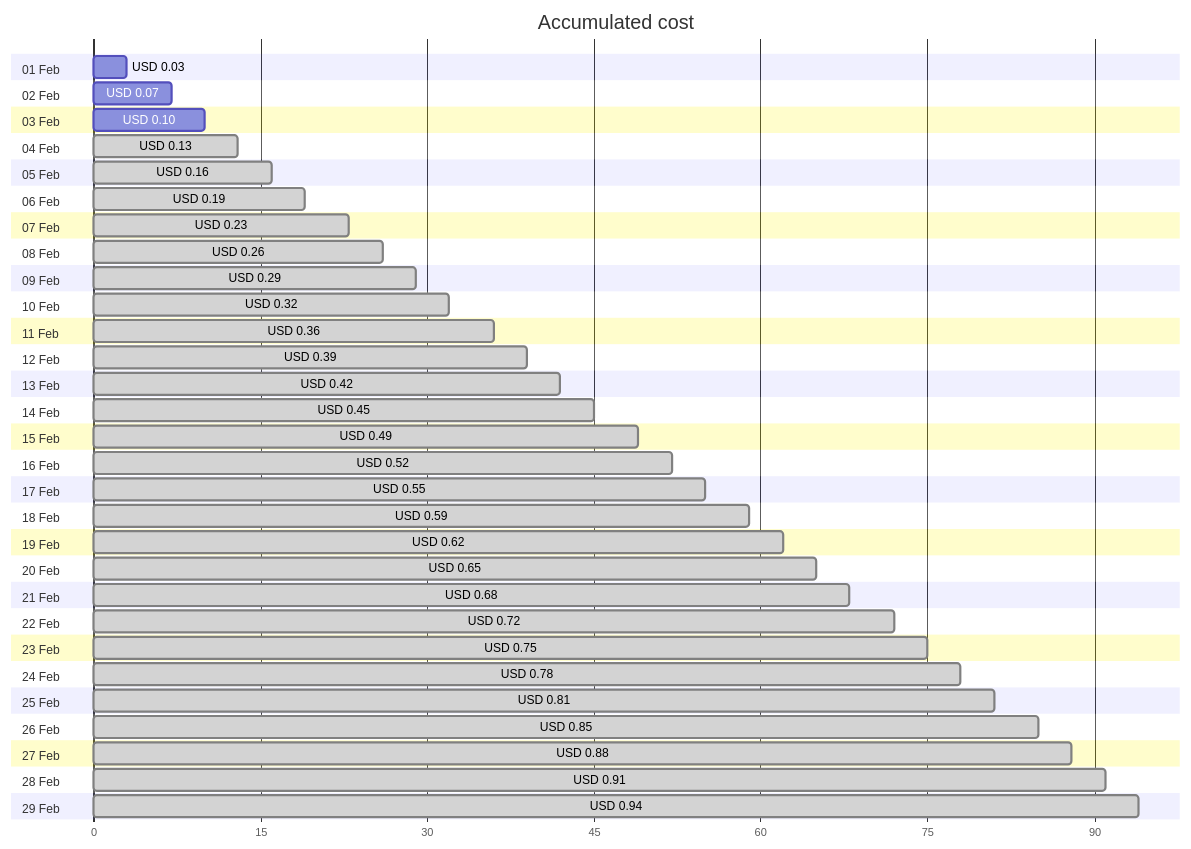
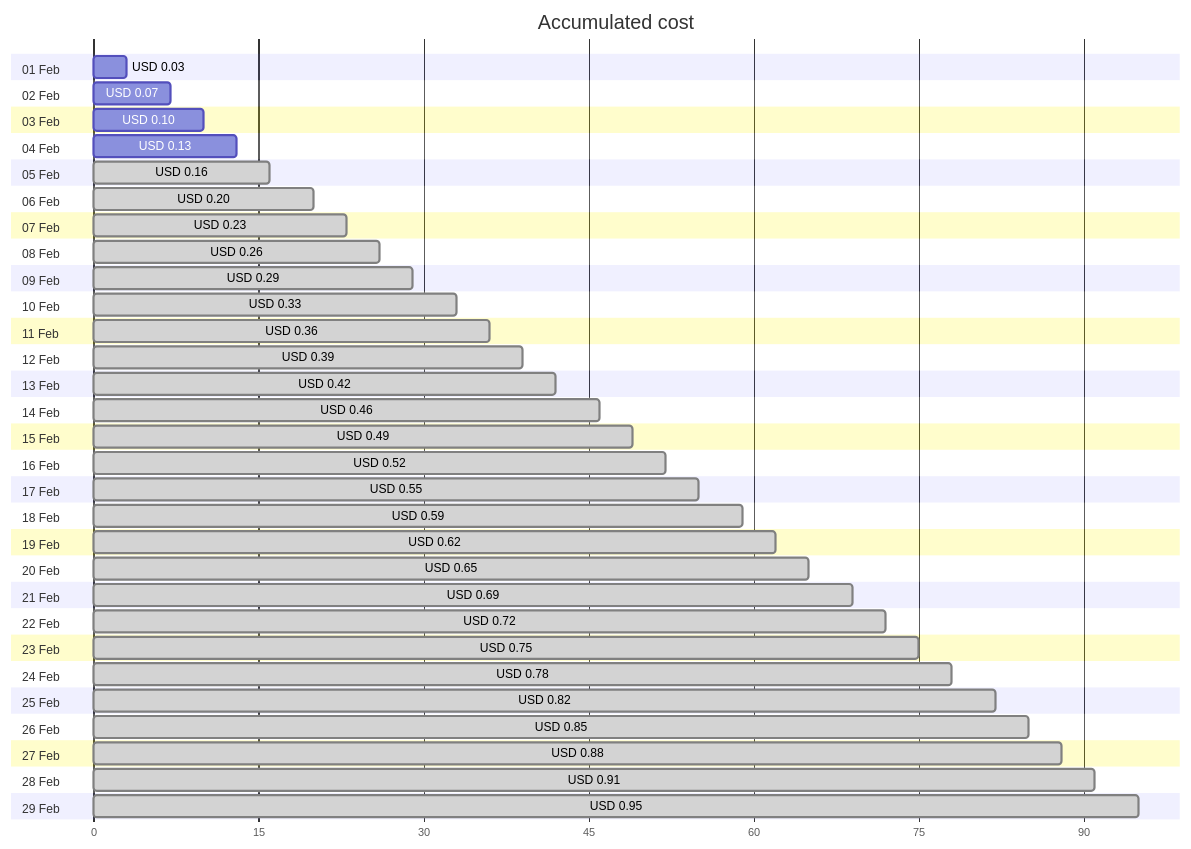
Before and after one commit to jpfulton/azure-personal-reports: the first of 4 diagrams in cost-reports/personal-dns/README.md, drawn with Mermaid. The commit also changed other lines of this file and 2 other files, not shown here.

````diff
--- a/cost-reports/personal-dns/README.md
+++ b/cost-reports/personal-dns/README.md
@@ -20,64 +20,64 @@
 ```mermaid
 gantt
    title Accumulated cost
    dateFormat  X
    axisFormat %s
    section 01 Feb
    USD 0.03 :0, 3
    section 02 Feb
    USD 0.07 :0, 7
    section 03 Feb
    USD 0.10 :0, 10
    section 04 Feb
-   USD 0.13 : done, 0, 13
+   USD 0.13 :0, 13
    section 05 Feb
    USD 0.16 : done, 0, 16
    section 06 Feb
-   USD 0.19 : done, 0, 19
+   USD 0.20 : done, 0, 20
    section 07 Feb
    USD 0.23 : done, 0, 23
    section 08 Feb
    USD 0.26 : done, 0, 26
    section 09 Feb
    USD 0.29 : done, 0, 29
    section 10 Feb
-   USD 0.32 : done, 0, 32
+   USD 0.33 : done, 0, 33
    section 11 Feb
    USD 0.36 : done, 0, 36
    section 12 Feb
    USD 0.39 : done, 0, 39
    section 13 Feb
    USD 0.42 : done, 0, 42
    section 14 Feb
-   USD 0.45 : done, 0, 45
+   USD 0.46 : done, 0, 46
    section 15 Feb
    USD 0.49 : done, 0, 49
    section 16 Feb
    USD 0.52 : done, 0, 52
    section 17 Feb
    USD 0.55 : done, 0, 55
    section 18 Feb
    USD 0.59 : done, 0, 59
    section 19 Feb
    USD 0.62 : done, 0, 62
    section 20 Feb
    USD 0.65 : done, 0, 65
    section 21 Feb
-   USD 0.68 : done, 0, 68
+   USD 0.69 : done, 0, 69
    section 22 Feb
    USD 0.72 : done, 0, 72
    section 23 Feb
    USD 0.75 : done, 0, 75
    section 24 Feb
    USD 0.78 : done, 0, 78
    section 25 Feb
-   USD 0.81 : done, 0, 81
+   USD 0.82 : done, 0, 82
    section 26 Feb
    USD 0.85 : done, 0, 85
    section 27 Feb
    USD 0.88 : done, 0, 88
    section 28 Feb
    USD 0.91 : done, 0, 91
    section 29 Feb
-   USD 0.94 : done, 0, 94
+   USD 0.95 : done, 0, 95
 ```
````
